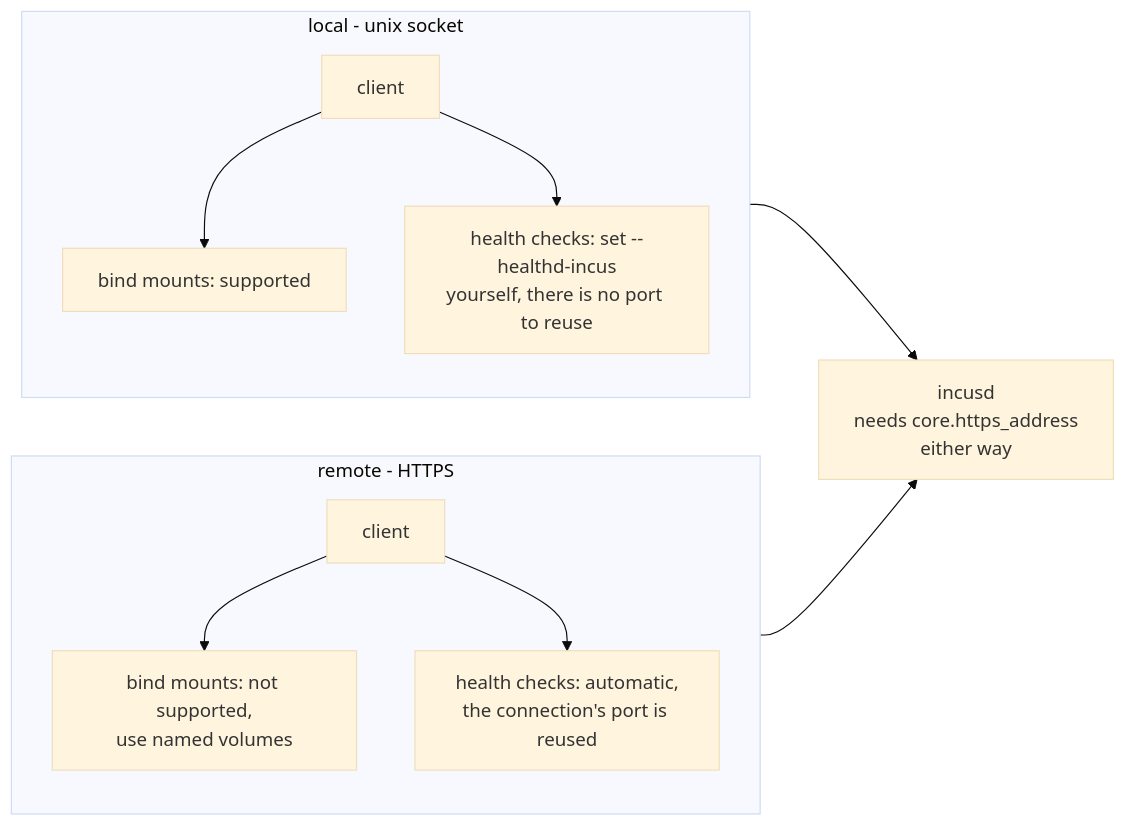
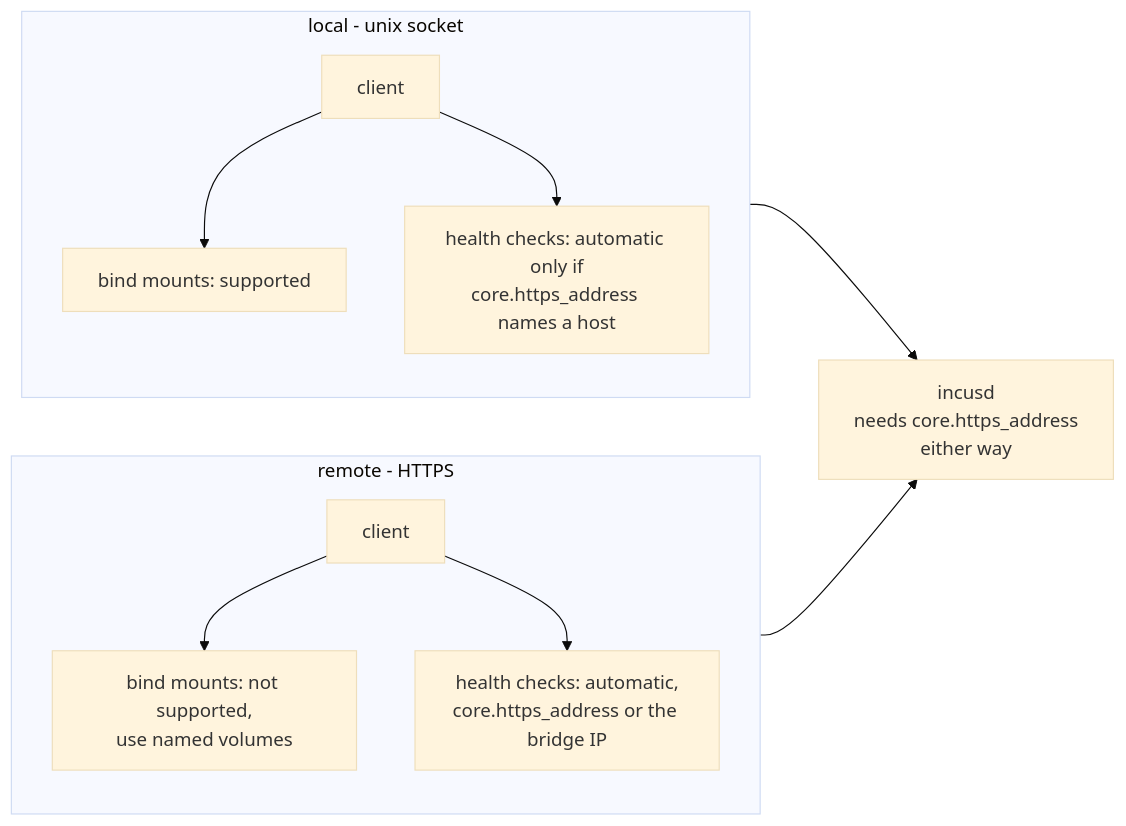
The first of 2 diagrams in root/compose-compatibility.md (jochumdev/incus-compose-docs), drawn with Mermaid (base theme) before and after one commit. The commit also changed other lines of this file and 2 other files, not shown here.

Commit message:
fix inaccurate docs about the incus url for healthd

````diff
--- a/root/compose-compatibility.md
+++ b/root/compose-compatibility.md
@@ -752,17 +752,17 @@
 ```mermaid
 flowchart LR
     subgraph L["local - unix socket"]
         direction TB
         CU[client] --> BM["bind mounts: supported"]
-        CU --> SET["health checks: set --healthd-incus<br/>yourself, there is no port to reuse"]
+        CU --> SET["health checks: automatic only if<br/>core.https_address names a host"]
     end
 
     subgraph R["remote - HTTPS"]
         direction TB
         CH[client] --> BM2["bind mounts: not supported,<br/>use named volumes"]
-        CH --> HC["health checks: automatic,<br/>the connection's port is reused"]
+        CH --> HC["health checks: automatic,<br/>core.https_address or the bridge IP"]
     end
 
     L --> D["incusd<br/>needs core.https_address<br/>either way"]
     R --> D
 ```
````
